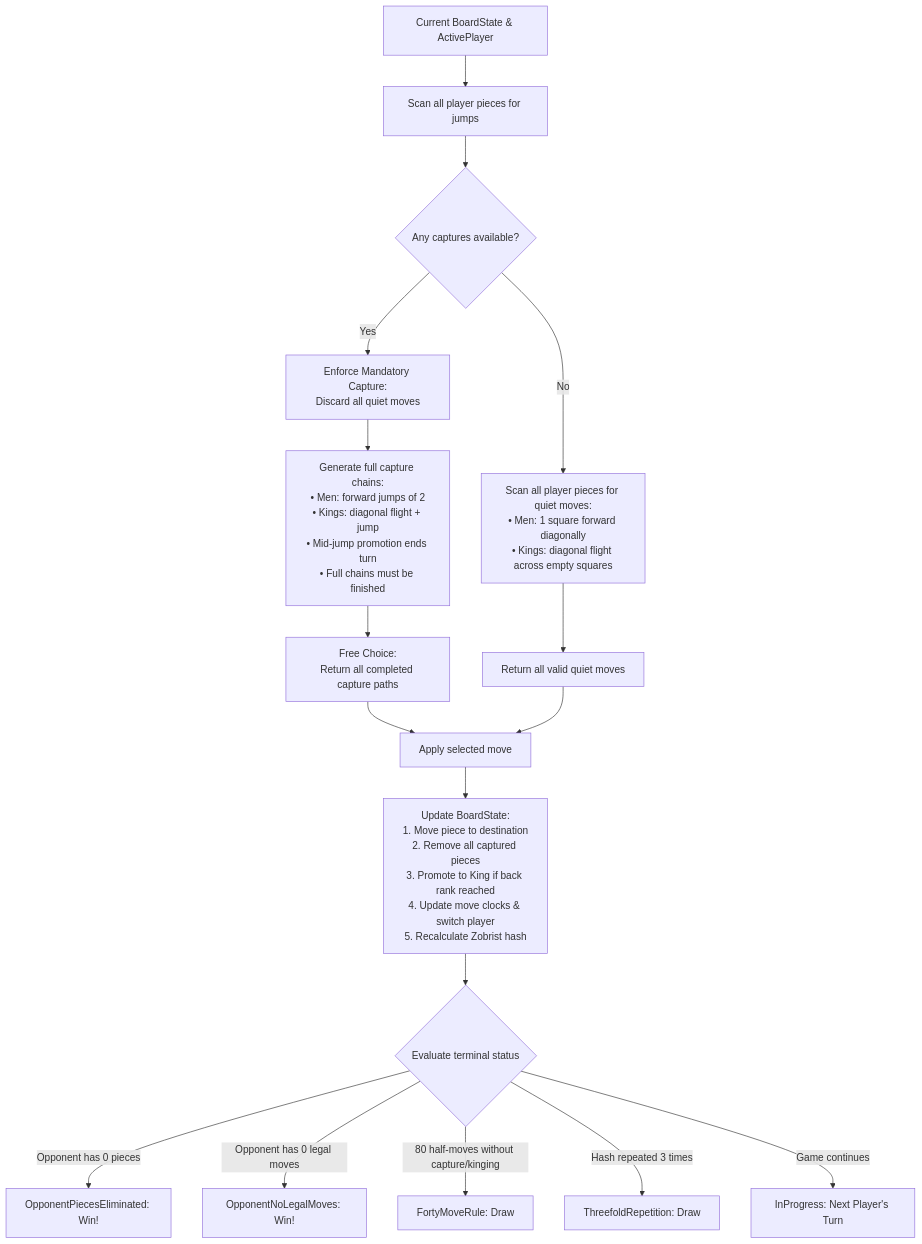
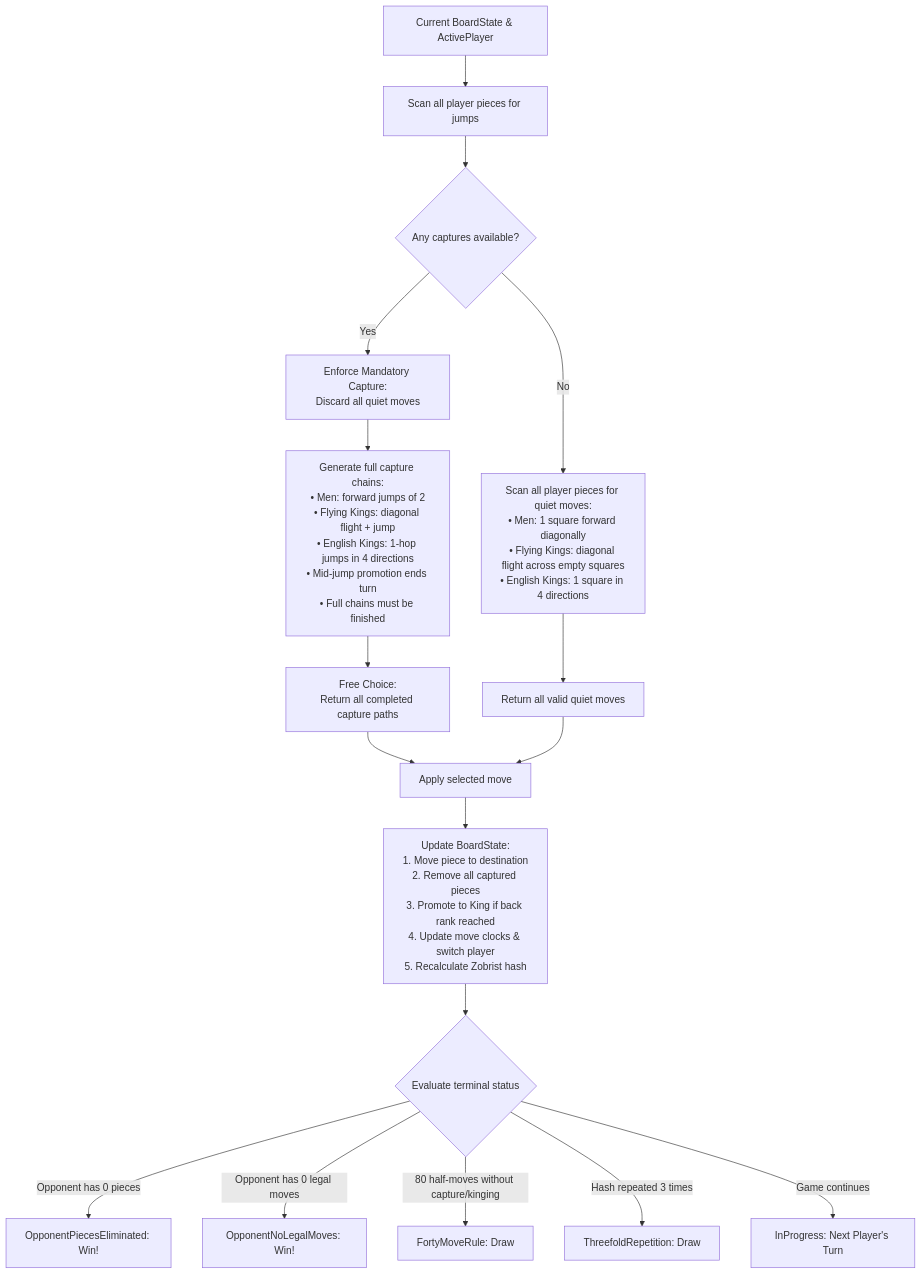
The diagram in docs/brain/README.md (cjp-dev/Checkers), drawn with Mermaid before and after one commit. The commit also changed other lines of this file and 10 other files, not shown here.

````diff
--- a/docs/brain/README.md
+++ b/docs/brain/README.md
@@ -19,24 +20,24 @@
 ```mermaid
 flowchart TD
     Start["Current BoardState & ActivePlayer"] --> ScanCaptures["Scan all player pieces for jumps"]
     ScanCaptures --> HasCaptures{"Any captures available?"}
     
     HasCaptures -- "Yes" --> MandatoryRule["Enforce Mandatory Capture:<br/>Discard all quiet moves"]
-    MandatoryRule --> GenCaptures["Generate full capture chains:<br/>• Men: forward jumps of 2<br/>• Kings: diagonal flight + jump<br/>• Mid-jump promotion ends turn<br/>• Full chains must be finished"]
+    MandatoryRule --> GenCaptures["Generate full capture chains:<br/>• Men: forward jumps of 2<br/>• Flying Kings: diagonal flight + jump<br/>• English Kings: 1-hop jumps in 4 directions<br/>• Mid-jump promotion ends turn<br/>• Full chains must be finished"]
     GenCaptures --> FreeChoice["Free Choice:<br/>Return all completed capture paths"]
     
-    HasCaptures -- "No" --> ScanQuiet["Scan all player pieces for quiet moves:<br/>• Men: 1 square forward diagonally<br/>• Kings: diagonal flight across empty squares"]
+    HasCaptures -- "No" --> ScanQuiet["Scan all player pieces for quiet moves:<br/>• Men: 1 square forward diagonally<br/>• Flying Kings: diagonal flight across empty squares<br/>• English Kings: 1 square in 4 directions"]
     ScanQuiet --> ReturnQuiet["Return all valid quiet moves"]
     
     FreeChoice --> ApplyMove["Apply selected move"]
     ReturnQuiet --> ApplyMove
     
     ApplyMove --> Mutate["Update BoardState:<br/>1. Move piece to destination<br/>2. Remove all captured pieces<br/>3. Promote to King if back rank reached<br/>4. Update move clocks & switch player<br/>5. Recalculate Zobrist hash"]
     
     Mutate --> CheckEnd{"Evaluate terminal status"}
     CheckEnd -- "Opponent has 0 pieces" --> WinElim["OpponentPiecesEliminated: Win!"]
     CheckEnd -- "Opponent has 0 legal moves" --> WinBlock["OpponentNoLegalMoves: Win!"]
     CheckEnd -- "80 half-moves without capture/kinging" --> Draw40["FortyMoveRule: Draw"]
     CheckEnd -- "Hash repeated 3 times" --> DrawRep["ThreefoldRepetition: Draw"]
     CheckEnd -- "Game continues" --> NextTurn["InProgress: Next Player's Turn"]
 ```
````
